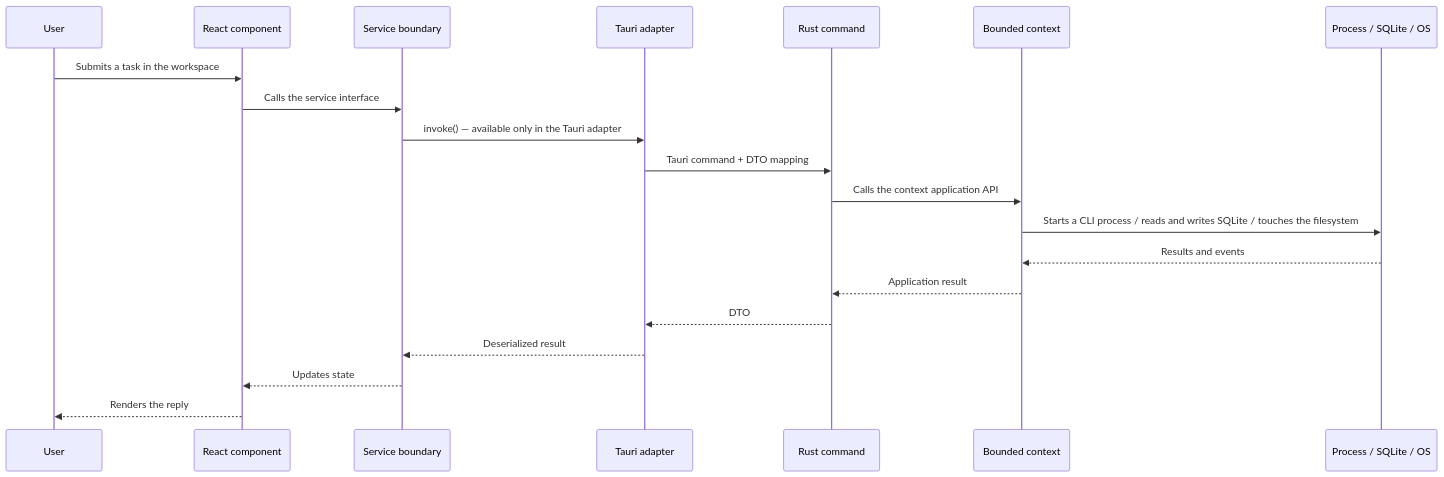
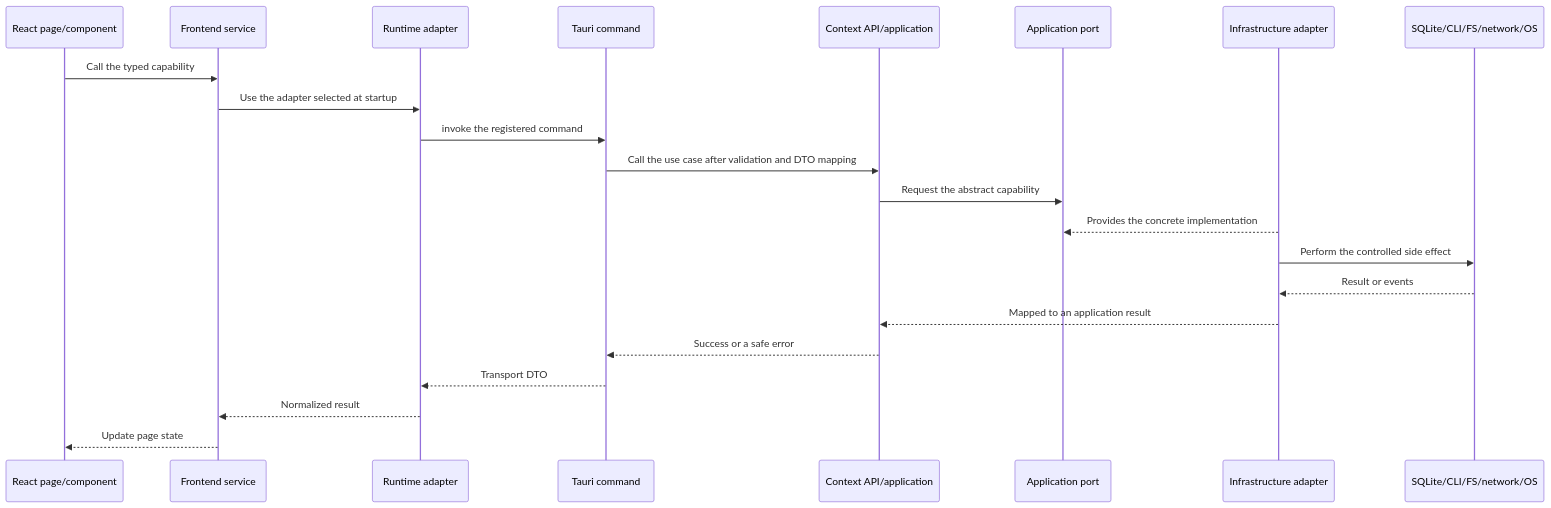
One commit to cdavid817/vanehub-ai changed the second of 2 diagrams in docs/developer-guide/src/repository-orientation.md. Above: the diagram before and after it, drawn with Mermaid. The commit also changed other lines of this file and 80 other files, not shown here.

````diff
--- a/docs/developer-guide/src/repository-orientation.md
+++ b/docs/developer-guide/src/repository-orientation.md
@@ -151,23 +274,25 @@
 ```mermaid
 sequenceDiagram
-  participant U as User
-  participant UI as React component
-  participant SVC as Service boundary
-  participant TAU as Tauri adapter
-  participant CMD as Rust command
-  participant CTX as Bounded context
-  participant OS as Process / SQLite / OS
+  participant UI as React page/component
+  participant SVC as Frontend service
+  participant ADP as Runtime adapter
+  participant CMD as Tauri command
+  participant API as Context API/application
+  participant PORT as Application port
+  participant INF as Infrastructure adapter
+  participant EXT as SQLite/CLI/FS/network/OS
 
-  U->>UI: Submits a task in the workspace
-  UI->>SVC: Calls the service interface
-  SVC->>TAU: invoke() — available only in the Tauri adapter
-  TAU->>CMD: Tauri command + DTO mapping
-  CMD->>CTX: Calls the context application API
-  CTX->>OS: Starts a CLI process / reads and writes SQLite / touches the filesystem
-  OS-->>CTX: Results and events
-  CTX-->>CMD: Application result
-  CMD-->>TAU: DTO
-  TAU-->>SVC: Deserialized result
-  SVC-->>UI: Updates state
-  UI-->>U: Renders the reply
+  UI->>SVC: Call the typed capability
+  SVC->>ADP: Use the adapter selected at startup
+  ADP->>CMD: invoke the registered command
+  CMD->>API: Call the use case after validation and DTO mapping
+  API->>PORT: Request the abstract capability
+  INF-->>PORT: Provides the concrete implementation
+  INF->>EXT: Perform the controlled side effect
+  EXT-->>INF: Result or events
+  INF-->>API: Mapped to an application result
+  API-->>CMD: Success or a safe error
+  CMD-->>ADP: Transport DTO
+  ADP-->>SVC: Normalized result
+  SVC-->>UI: Update page state
 ```
````
